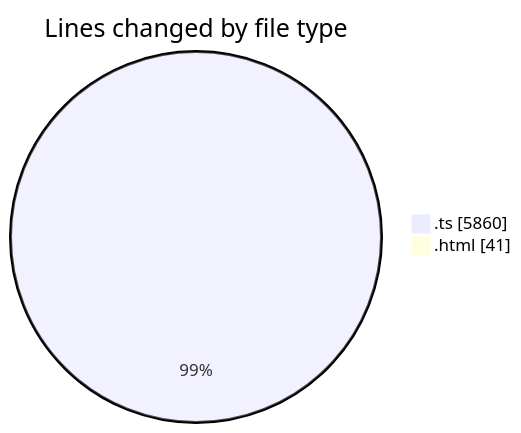
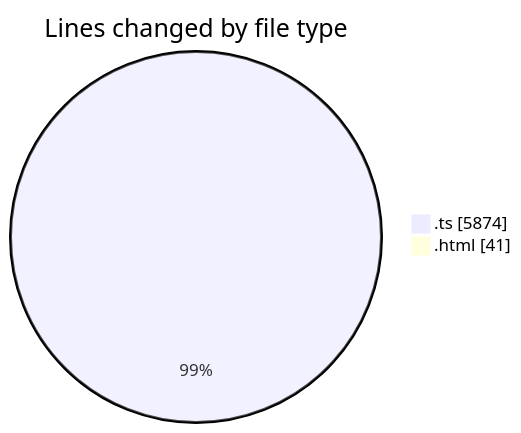
One commit to tmsrecording-cyber/code-tracking changed the first of 2 diagrams in 2026-02-08/singularitybrainai/README.md. Above: the diagram before and after it, drawn with Mermaid. The commit also changed other lines of this file and 1 other file, not shown here.

````diff
--- a/2026-02-08/singularitybrainai/README.md
+++ b/2026-02-08/singularitybrainai/README.md
@@ -27,6 +27,6 @@
 ```mermaid
 pie showData
 title Lines changed by file type
-".ts" : 5860
+".ts" : 5874
 ".html" : 41
 ```
````
